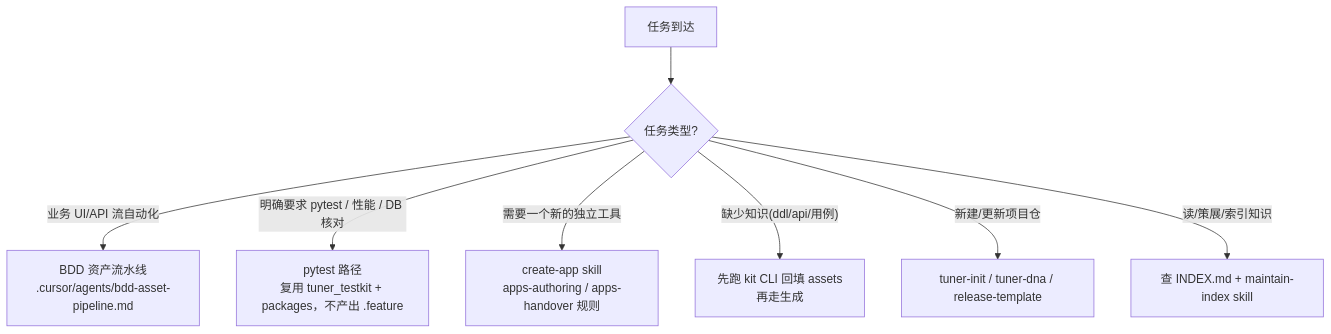
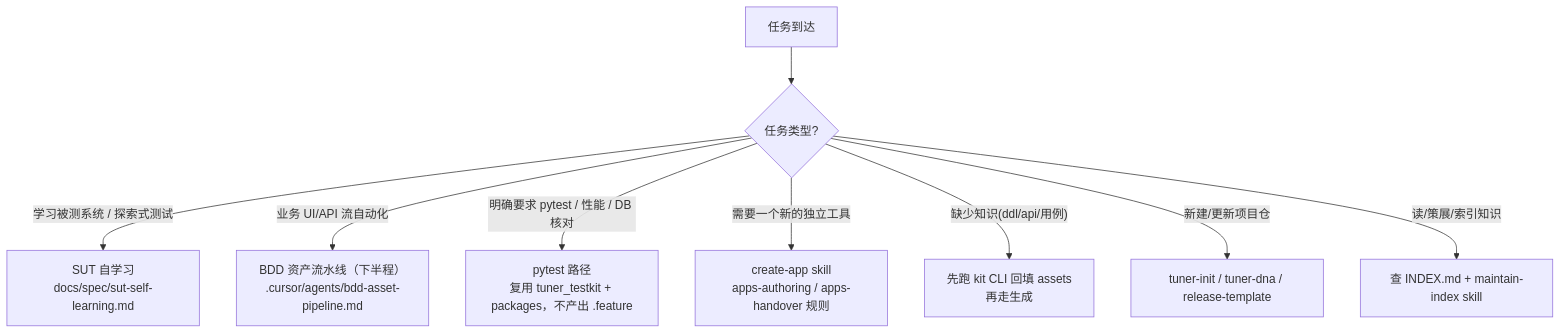
One commit to chenjianpeng97/Repo-as-a-TestPlatform changed the diagram in AGENTS.md. Above: the diagram before and after it, drawn with Mermaid. The commit also changed other lines of this file and 34 other files, not shown here.

First line of the commit message:
feat(docs,rules,agents,skills,index,init_repo,packages,apps,assets)!: add SUT self-learning contracts and ship 4.2.0

````diff
--- a/AGENTS.md
+++ b/AGENTS.md
@@ -40,10 +43,11 @@
 ```mermaid
 flowchart TD
   Start[任务到达] --> Q{任务类型?}
-  Q -->|"业务 UI/API 流自动化"| BDD["BDD 资产流水线\n.cursor/agents/bdd-asset-pipeline.md"]
+  Q -->|"学习被测系统 / 探索式测试"| Learn["SUT 自学习\ndocs/spec/sut-self-learning.md"]
+  Q -->|"业务 UI/API 流自动化"| BDD["BDD 资产流水线（下半程）\n.cursor/agents/bdd-asset-pipeline.md"]
   Q -->|"明确要求 pytest / 性能 / DB 核对"| Pytest["pytest 路径\n复用 tuner_testkit + packages，不产出 .feature"]
   Q -->|"需要一个新的独立工具"| App["create-app skill\napps-authoring / apps-handover 规则"]
   Q -->|"缺少知识(ddl/api/用例)"| Know["先跑 kit CLI 回填 assets\n再走生成"]
   Q -->|"新建/更新项目仓"| Init["tuner-init / tuner-dna / release-template"]
   Q -->|"读/策展/索引知识"| Idx["查 INDEX.md + maintain-index skill"]
 ```
````
